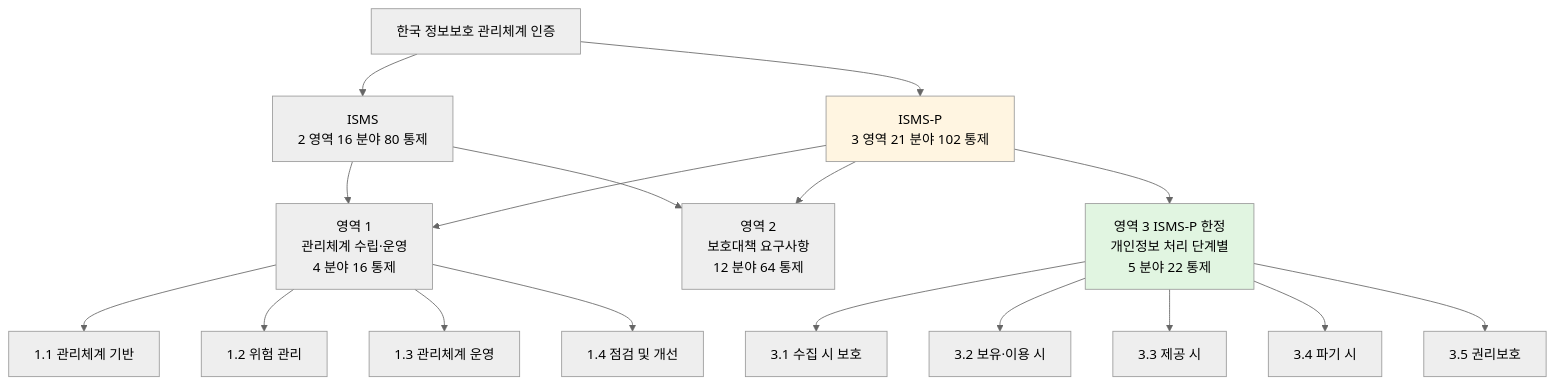
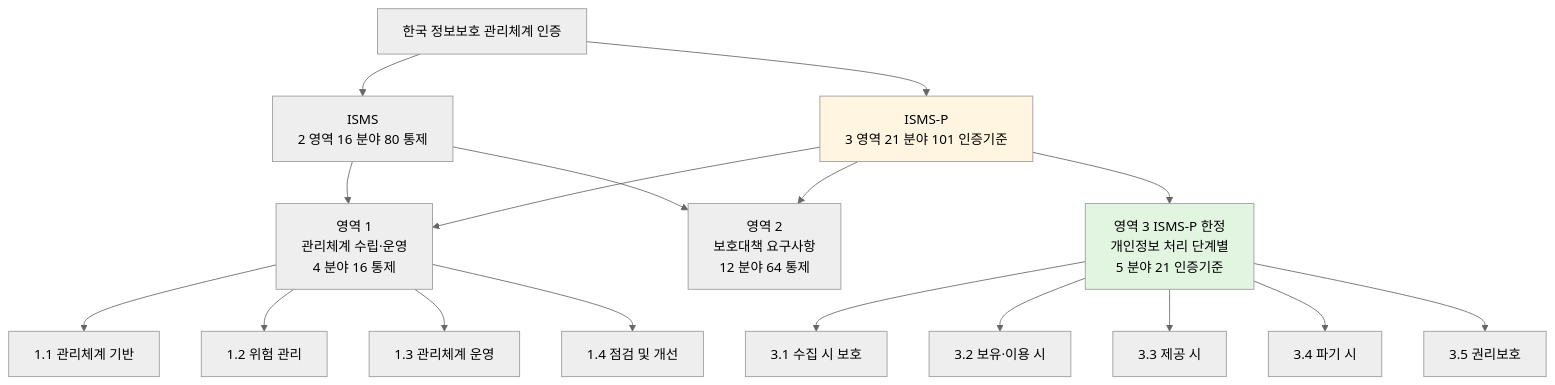
Before and after one commit to ianrang/cs-study: the second of 5 diagrams in cs/information-security/study/05.management-and-law/05.certifications.md, drawn with Mermaid (neutral theme). The commit also changed other lines of this file and 1 other file, not shown here.

````diff
--- a/cs/information-security/study/05.management-and-law/05.certifications.md
+++ b/cs/information-security/study/05.management-and-law/05.certifications.md
@@ -590,28 +596,28 @@
 ```mermaid
 graph TB
   ROOT[한국 정보보호 관리체계 인증]
 
   ROOT --> ISMS[ISMS<br/>2 영역 16 분야 80 통제]
-  ROOT --> ISMSP[ISMS-P<br/>3 영역 21 분야 102 통제]
+  ROOT --> ISMSP[ISMS-P<br/>3 영역 21 분야 101 인증기준]
 
   ISMS --> A1[영역 1<br/>관리체계 수립·운영<br/>4 분야 16 통제]
   ISMS --> A2[영역 2<br/>보호대책 요구사항<br/>12 분야 64 통제]
 
   ISMSP --> A1
   ISMSP --> A2
-  ISMSP --> A3[영역 3 ISMS-P 한정<br/>개인정보 처리 단계별<br/>5 분야 22 통제]
+  ISMSP --> A3[영역 3 ISMS-P 한정<br/>개인정보 처리 단계별<br/>5 분야 21 인증기준]
 
   A1 --> A11[1.1 관리체계 기반]
   A1 --> A12[1.2 위험 관리]
   A1 --> A13[1.3 관리체계 운영]
   A1 --> A14[1.4 점검 및 개선]
 
   A3 --> A31[3.1 수집 시 보호]
   A3 --> A32[3.2 보유·이용 시]
   A3 --> A33[3.3 제공 시]
   A3 --> A34[3.4 파기 시]
   A3 --> A35[3.5 권리보호]
 
   style A3 fill:#e1f5e1
   style ISMSP fill:#fff5e1
 ```
````
